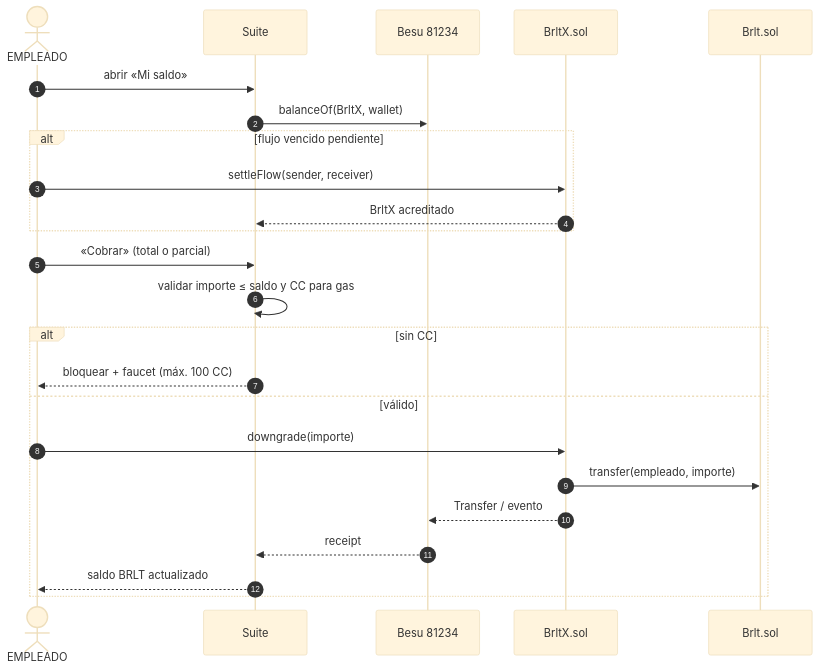
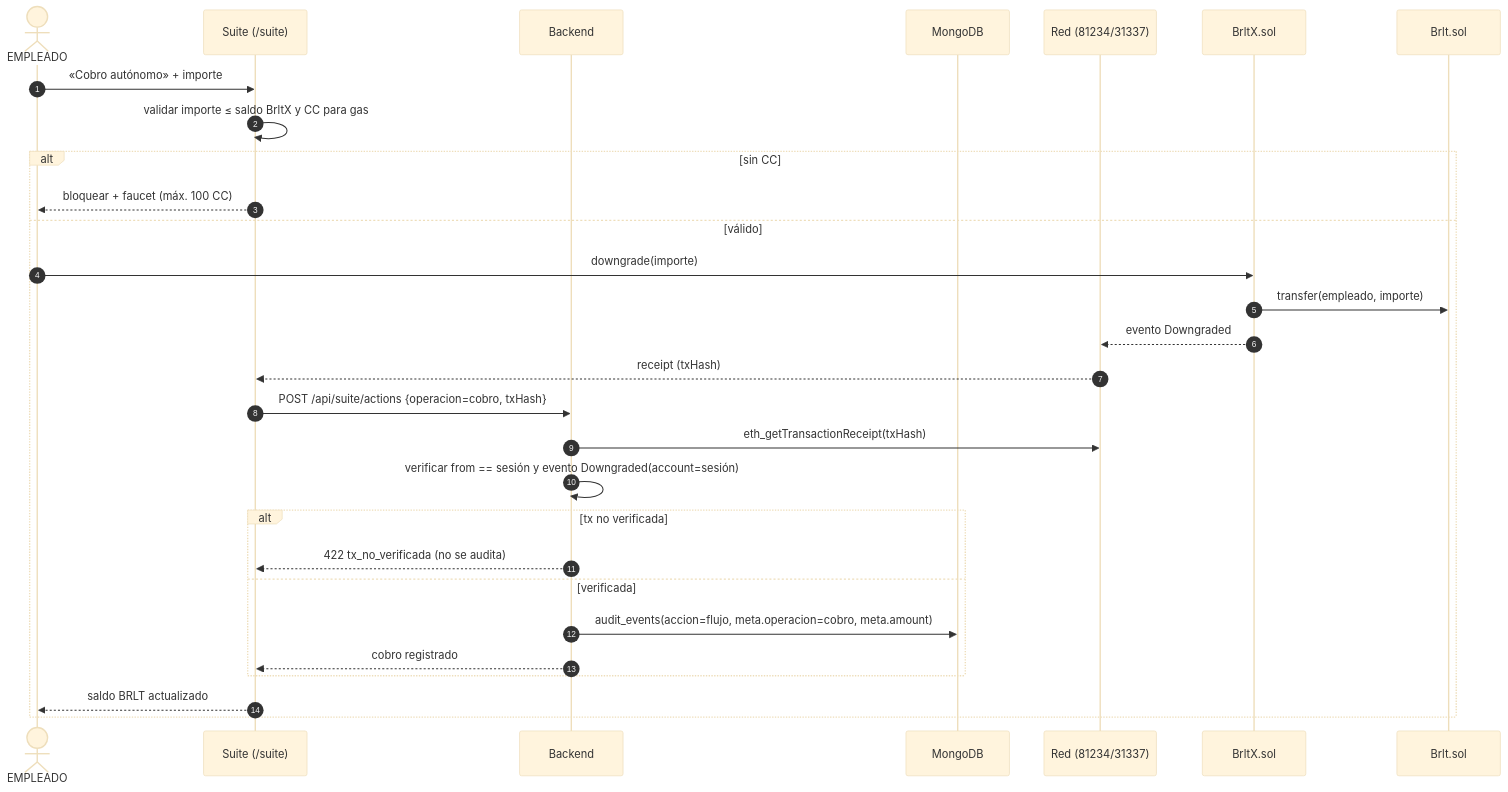
One commit to anlucorporations/superfluid changed the fifth of 9 diagrams in RepoTecnico/casos_uso/03_secuencias.md. Above: the diagram before and after it, drawn with Mermaid (base theme). The commit also changed other lines of this file and 64 other files, not shown here.

````diff
--- a/RepoTecnico/casos_uso/03_secuencias.md
+++ b/RepoTecnico/casos_uso/03_secuencias.md
@@ -135,27 +153,32 @@
 ```mermaid
 sequenceDiagram
     autonumber
     actor E as EMPLEADO
-    participant UI as Suite
-    participant RPC as Besu 81234
+    participant UI as Suite (/suite)
+    participant API as Backend
+    participant DB as MongoDB
+    participant RPC as Red (81234/31337)
     participant X as BrltX.sol
     participant B as Brlt.sol
 
-    E->>UI: abrir «Mi saldo»
-    UI->>RPC: balanceOf(BrltX, wallet)
-    alt flujo vencido pendiente
-        E->>X: settleFlow(sender, receiver)
-        X-->>UI: BrltX acreditado
-    end
-    E->>UI: «Cobrar» (total o parcial)
-    UI->>UI: validar importe ≤ saldo y CC para gas
+    E->>UI: «Cobro autónomo» + importe
+    UI->>UI: validar importe ≤ saldo BrltX y CC para gas
     alt sin CC
         UI-->>E: bloquear + faucet (máx. 100 CC)
     else válido
         E->>X: downgrade(importe)
         X->>B: transfer(empleado, importe)
-        X-->>RPC: Transfer / evento
-        RPC-->>UI: receipt
+        X-->>RPC: evento Downgraded
+        RPC-->>UI: receipt (txHash)
+        UI->>API: POST /api/suite/actions {operacion=cobro, txHash}
+        API->>RPC: eth_getTransactionReceipt(txHash)
+        API->>API: verificar from == sesión y evento Downgraded(account=sesión)
+        alt tx no verificada
+            API-->>UI: 422 tx_no_verificada (no se audita)
+        else verificada
+            API->>DB: audit_events(accion=flujo, meta.operacion=cobro, meta.amount)
+            API-->>UI: cobro registrado
+        end
         UI-->>E: saldo BRLT actualizado
     end
 ```
````
